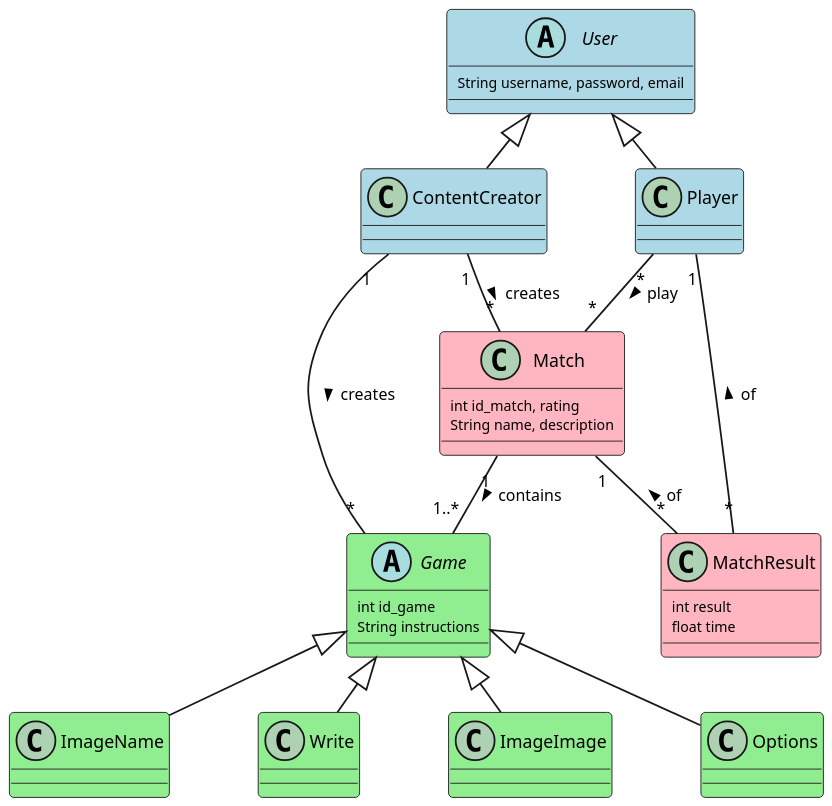
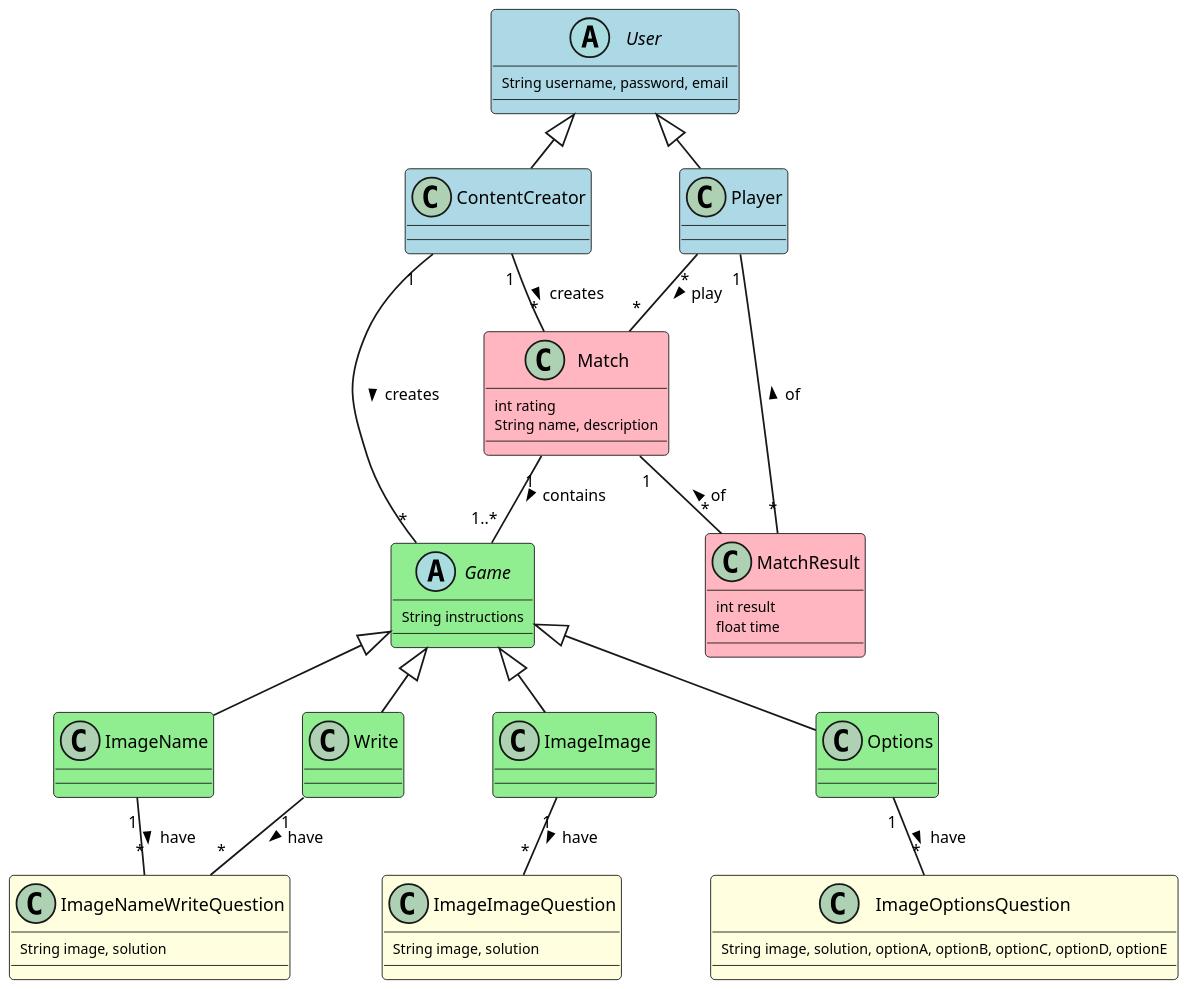
Before and after one commit to UdL-EPS-SoftArch/GeoLearning-API: the diagram in diagram.puml, drawn with PlantUML.

Commit message:
Updated Entities Model.

```diff
--- a/diagram.puml
+++ b/diagram.puml
@@ -1,57 +1,81 @@
 @startuml
 skinparam dpi 200
 skinparam classAttributeFontSize 8
 skinparam classArrowFontSize 9
 skinparam classFontSize 10
 skinparam nodesep 50
 skinparam ranksep 30
 hide stereotype
 skinparam class {
     BackgroundColor White
     BackgroundColor<<User>> LightBlue
     BackgroundColor<<Game>> LightGreen
     BackgroundColor<<Match>> LightPink
     BackgroundColor<<MatchResult>> LightPink
+    BackgroundColor<<Options>> LightYellow
 }
 
 
 abstract class User <<User>> {
     String username, password, email
 }
 
-class ContentCreator <<User>> extends User {}
+class ContentCreator <<User>> extends User {
+}
 
-class Player <<User>> extends User {}
+class Player <<User>> extends User {
+}
 
 abstract class Game <<Game>> {
-    int id_game
     String instructions
 }
 
-class ImageName <<Game>> extends Game {}
+class ImageName <<Game>> extends Game {
+}
 
-class Write <<Game>> extends Game {}
+class Write <<Game>> extends Game {
+}
 
-class ImageImage <<Game>> extends Game {}
+class ImageImage <<Game>> extends Game {
+}
 
-class Options <<Game>> extends Game {}
+class Options <<Game>> extends Game {
+}
+
+class ImageImageQuestion <<Options>>{
+    String image, solution
+}
+
+class ImageNameWriteQuestion <<Options>>{
+    String image, solution
+}
+
+class ImageOptionsQuestion <<Options>>{
+    String image, solution, optionA, optionB, optionC, optionD, optionE
+}
 
 class Match <<Match>> {
-    int id_match, rating
+    int rating
     String name, description
 }
 
 class MatchResult <<MatchResult>> {
     int result
     float time
 }
 
 ContentCreator "1" -- "*" Match:creates >
 ContentCreator "1" -- "*" Game:creates >
 
 Player "*" -- "*" Match:play >
 Player "1" -- "*" MatchResult:of <
 
 Match "1" -- "*" MatchResult:of <
 Match "1" -- "1..*" Game:contains >
+
+Write "1" -- "*" ImageNameWriteQuestion:have >
+ImageName "1" -- "*" ImageNameWriteQuestion:have >
+ImageImage "1" -- "*" ImageImageQuestion:have >
+Options "1" -- "*" ImageOptionsQuestion:have >
+
 @enduml
```
